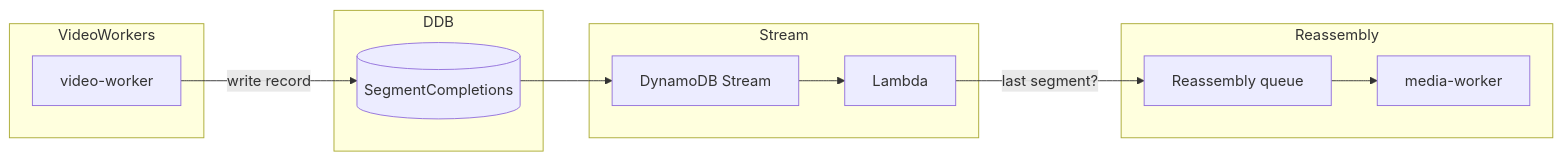
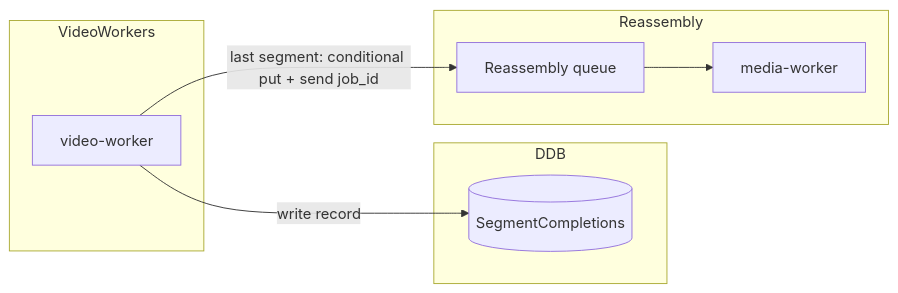
The fourth of 7 diagrams in ARCHITECTURE.md (alexpialetski/stereo-spot), drawn with Mermaid before and after one commit. The commit also changed other lines of this file and 30 other files, not shown here.

````diff
--- a/ARCHITECTURE.md
+++ b/ARCHITECTURE.md
@@ -219,23 +218,17 @@
 ```mermaid
 flowchart LR
     subgraph VideoWorkers
         VW[video-worker]
     end
     subgraph DDB
         SC[(SegmentCompletions)]
     end
-    subgraph Stream
-        DS[DynamoDB Stream]
-        Lambda[Lambda]
-    end
     subgraph Reassembly
         RQ[Reassembly queue]
         RW[media-worker]
     end
 
     VW -->|write record| SC
-    SC --> DS
-    DS --> Lambda
-    Lambda -->|last segment?| RQ
+    VW -->|last segment: conditional put + send job_id| RQ
     RQ --> RW
 ```
````
